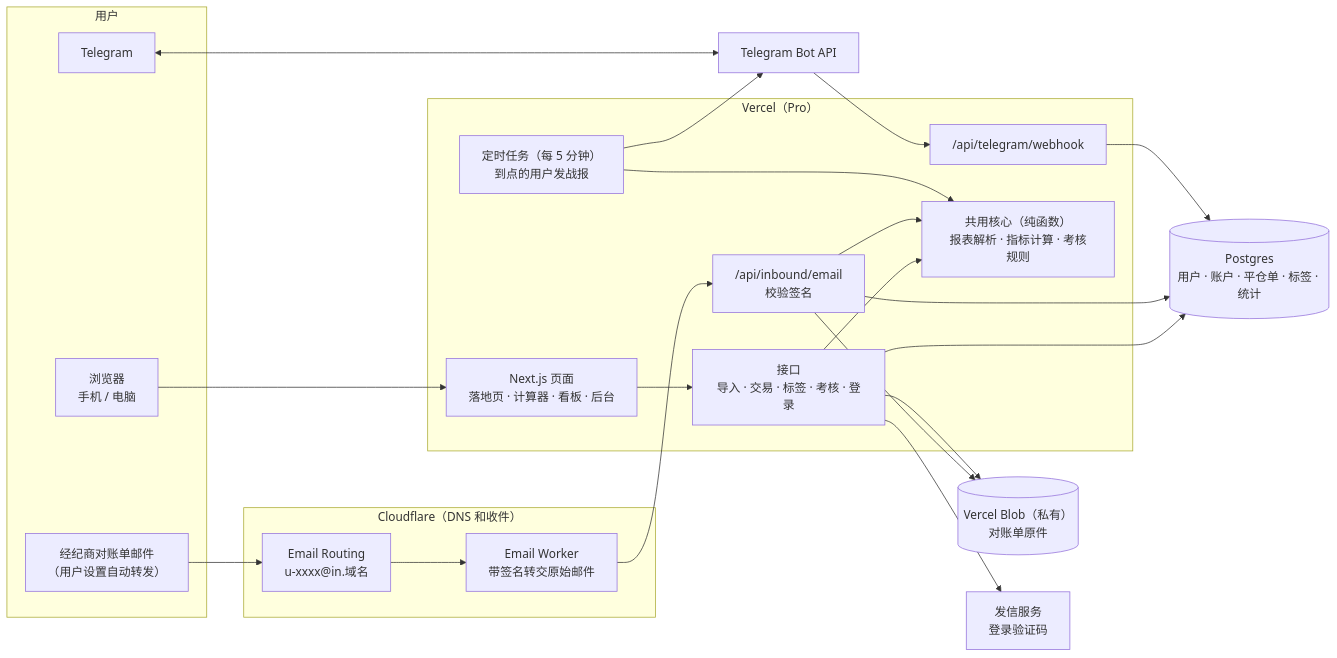
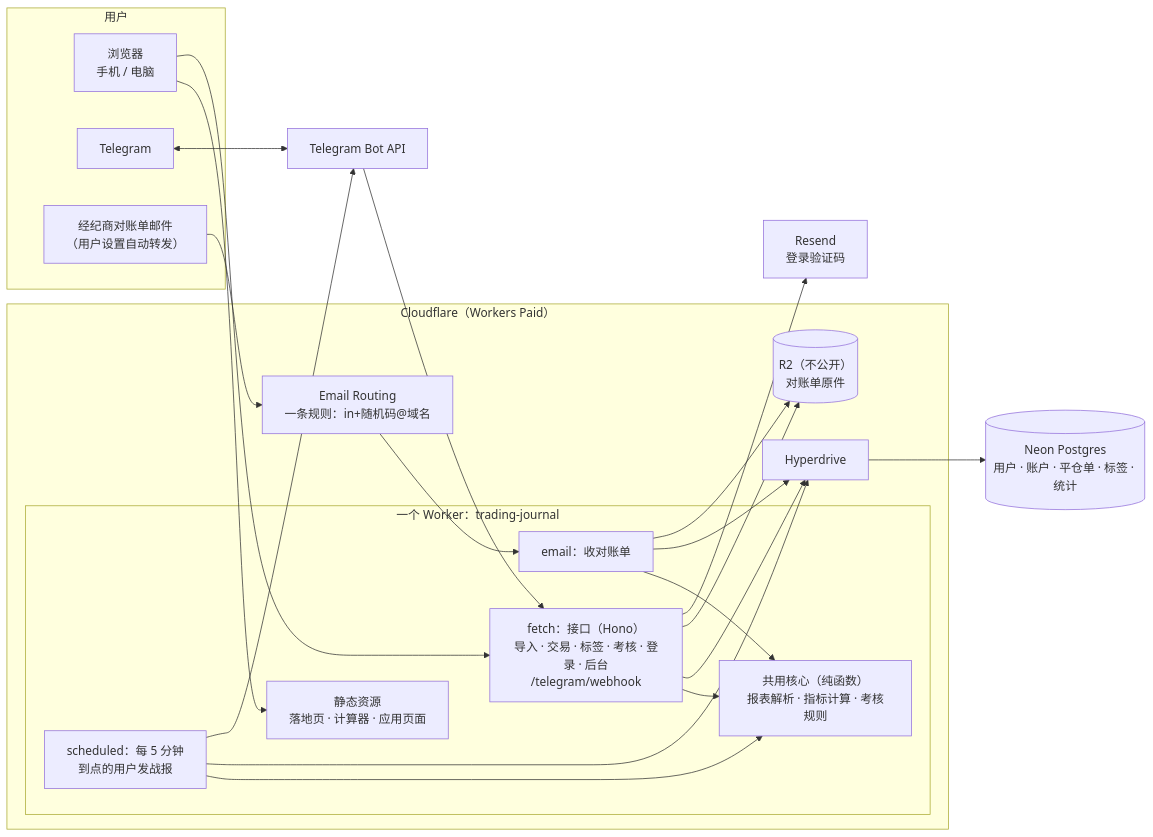
One commit to dollar3651314/trading-journal changed the first of 4 diagrams in 00-架构方案.md. Above: the diagram before and after it, drawn with Mermaid. The commit also changed other lines of this file and 15 other files, not shown here.

First line of the commit message:
架构方案 v0.2 草稿：平台改为 Cloudflare Workers、Vite + React + Hono、子地址收件；风格方向 1 的效果图 13 张

````diff
--- a/00-架构方案.md
+++ b/00-架构方案.md
@@ -17,38 +20,40 @@
 ```mermaid
 flowchart LR
     subgraph USER["用户"]
         B["浏览器<br/>手机 / 电脑"]
         TGU["Telegram"]
         MAIL["经纪商对账单邮件<br/>（用户设置自动转发）"]
     end
-    subgraph CF["Cloudflare（DNS 和收件）"]
-        ER["Email Routing<br/>u-xxxx@in.域名"]
-        EW["Email Worker<br/>带签名转交原始邮件"]
+    subgraph CF["Cloudflare（Workers Paid）"]
+        ER["Email Routing<br/>一条规则：in+随机码@域名"]
+        subgraph W["一个 Worker：trading-journal"]
+            ST["静态资源<br/>落地页 · 计算器 · 应用页面"]
+            F["fetch：接口（Hono）<br/>导入 · 交易 · 标签 · 考核 · 登录 · 后台<br/>/telegram/webhook"]
+            EM["email：收对账单"]
+            SC["scheduled：每 5 分钟<br/>到点的用户发战报"]
+            CORE["共用核心（纯函数）<br/>报表解析 · 指标计算 · 考核规则"]
+        end
+        HD["Hyperdrive"]
+        R2[("R2（不公开）<br/>对账单原件")]
     end
-    subgraph V["Vercel（Pro）"]
-        WEB["Next.js 页面<br/>落地页 · 计算器 · 看板 · 后台"]
-        API["接口<br/>导入 · 交易 · 标签 · 考核 · 登录"]
-        INB["/api/inbound/email<br/>校验签名"]
-        BOT["/api/telegram/webhook"]
-        CRON["定时任务（每 5 分钟）<br/>到点的用户发战报"]
-        CORE["共用核心（纯函数）<br/>报表解析 · 指标计算 · 考核规则"]
-    end
-    PG[("Postgres<br/>用户 · 账户 · 平仓单 · 标签 · 统计")]
-    BLOB[("Vercel Blob（私有）<br/>对账单原件")]
-    RS["发信服务<br/>登录验证码"]
+    PG[("Neon Postgres<br/>用户 · 账户 · 平仓单 · 标签 · 统计")]
+    RS["Resend<br/>登录验证码"]
     TGAPI["Telegram Bot API"]
 
-    B --> WEB --> API
-    MAIL --> ER --> EW --> INB
-    API --> CORE
-    INB --> CORE
-    API --> PG
-    INB --> PG
-    INB --> BLOB
-    API --> BLOB
-    API --> RS
+    B --> ST
+    B --> F
+    MAIL --> ER --> EM
+    F --> CORE
+    EM --> CORE
+    SC --> CORE
+    F --> HD
+    EM --> HD
+    SC --> HD
+    HD --> PG
+    F --> R2
+    EM --> R2
+    F --> RS
     TGU <--> TGAPI
-    TGAPI --> BOT --> PG
-    CRON --> CORE
-    CRON --> TGAPI
+    TGAPI --> F
+    SC --> TGAPI
 ```
````
